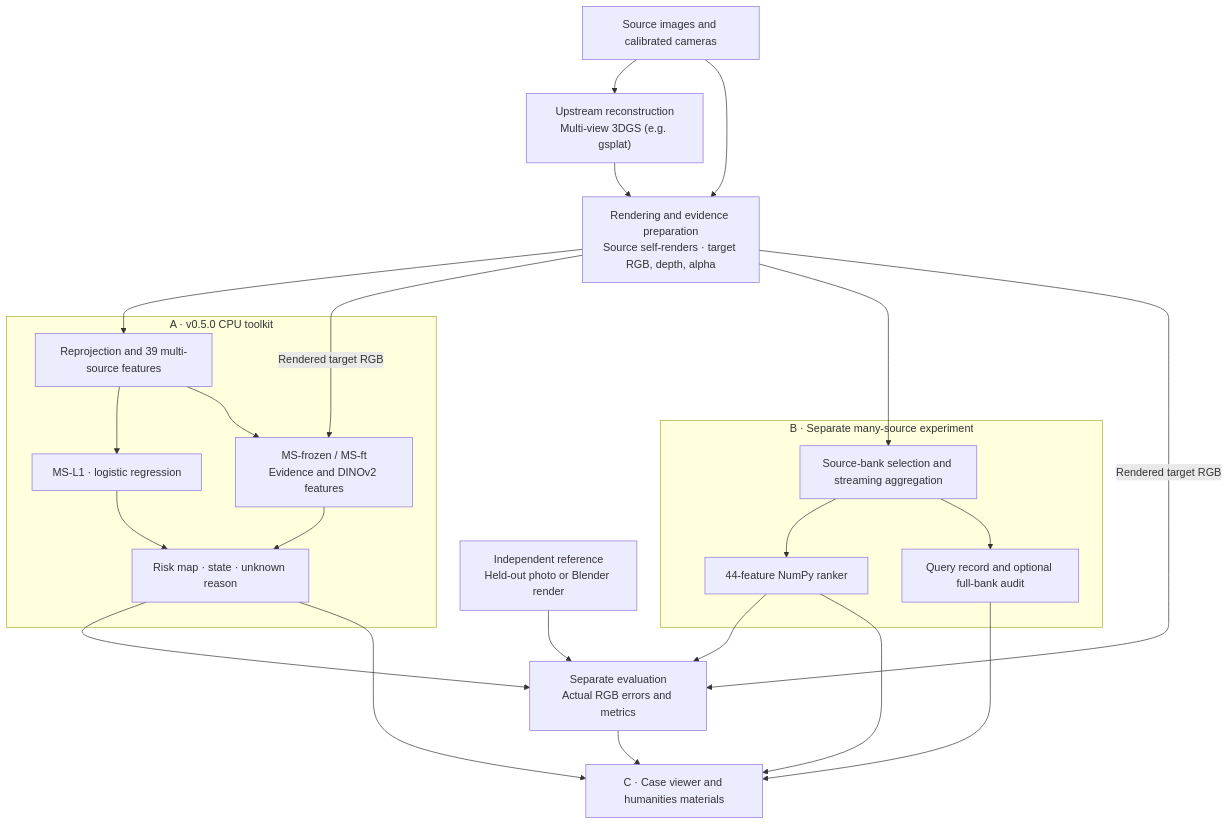
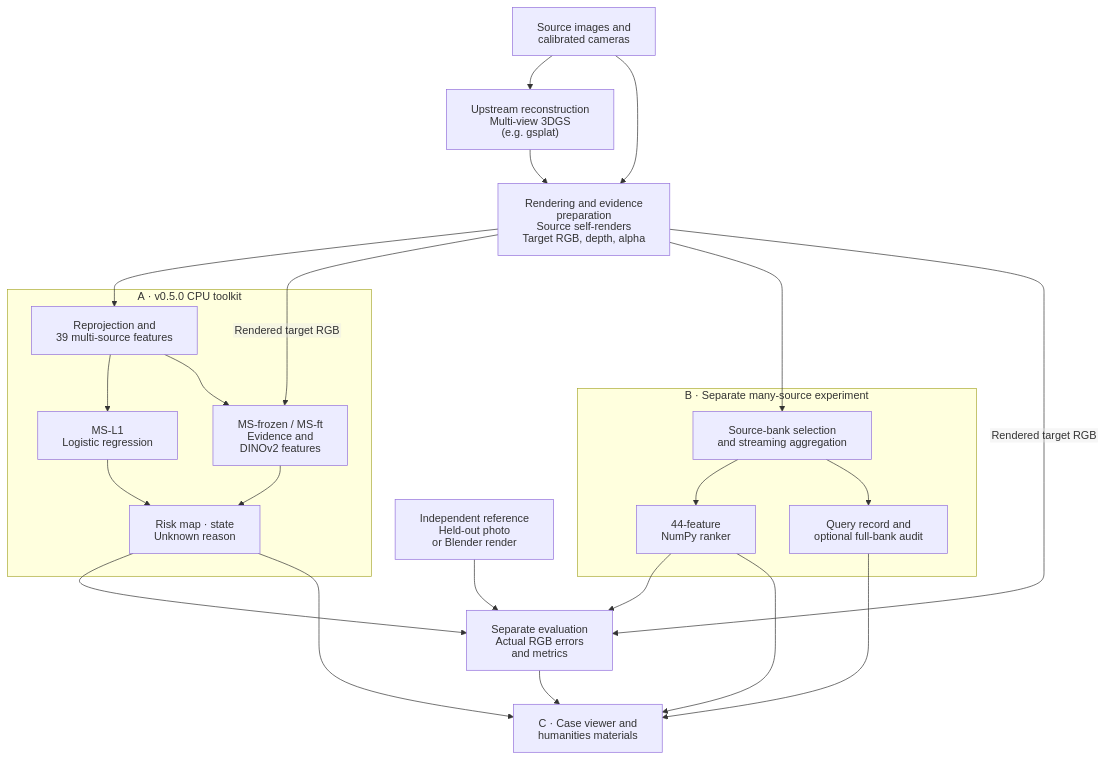
The first of 2 diagrams in README.md (wany614/evidence-lens), drawn with Mermaid before and after one commit. The commit also changed other lines of this file, not shown here.

Commit message:
docs: prevent Mermaid diagram label clipping

````diff
--- a/README.md
+++ b/README.md
@@ -33,29 +33,30 @@
 ```mermaid
+%%{init: {"htmlLabels": false, "flowchart": {"htmlLabels": false, "padding": 18}}}%%
 flowchart TD
-    S["Source images and calibrated cameras"] --> U["Upstream reconstruction<br/>Multi-view 3DGS (e.g. gsplat)"]
-    U --> P["Rendering and evidence preparation<br/>Source self-renders · target RGB, depth, alpha"]
+    S["Source images and<br/>calibrated cameras"] --> U["Upstream reconstruction<br/>Multi-view 3DGS<br/>(e.g. gsplat)"]
+    U --> P["Rendering and evidence<br/>preparation<br/>Source self-renders<br/>Target RGB, depth, alpha"]
     S --> P
     subgraph A["A · v0.5.0 CPU toolkit"]
-        F["Reprojection and 39 multi-source features"]
-        F --> L["MS-L1 · logistic regression"]
-        F --> V["MS-frozen / MS-ft<br/>Evidence and DINOv2 features"]
-        L --> M["Risk map · state · unknown reason"]
+        F["Reprojection and<br/>39 multi-source features"]
+        F --> L["MS-L1<br/>Logistic regression"]
+        F --> V["MS-frozen / MS-ft<br/>Evidence and<br/>DINOv2 features"]
+        L --> M["Risk map · state<br/>Unknown reason"]
         V --> M
     end
     P --> F
     P -->|"Rendered target RGB"| V
     subgraph B["B · Separate many-source experiment"]
-        Q["Source-bank selection and streaming aggregation"]
-        Q --> K["44-feature NumPy ranker"]
-        Q --> W["Query record and optional full-bank audit"]
+        Q["Source-bank selection<br/>and streaming aggregation"]
+        Q --> K["44-feature<br/>NumPy ranker"]
+        Q --> W["Query record and<br/>optional full-bank audit"]
     end
     P --> Q
-    H["Independent reference<br/>Held-out photo or Blender render"] --> E["Separate evaluation<br/>Actual RGB errors and metrics"]
+    H["Independent reference<br/>Held-out photo<br/>or Blender render"] --> E["Separate evaluation<br/>Actual RGB errors<br/>and metrics"]
     P -->|"Rendered target RGB"| E
     M --> E
     K --> E
-    M --> C["C · Case viewer and humanities materials"]
+    M --> C["C · Case viewer and<br/>humanities materials"]
     K --> C
     W --> C
     E --> C
 ```
````
